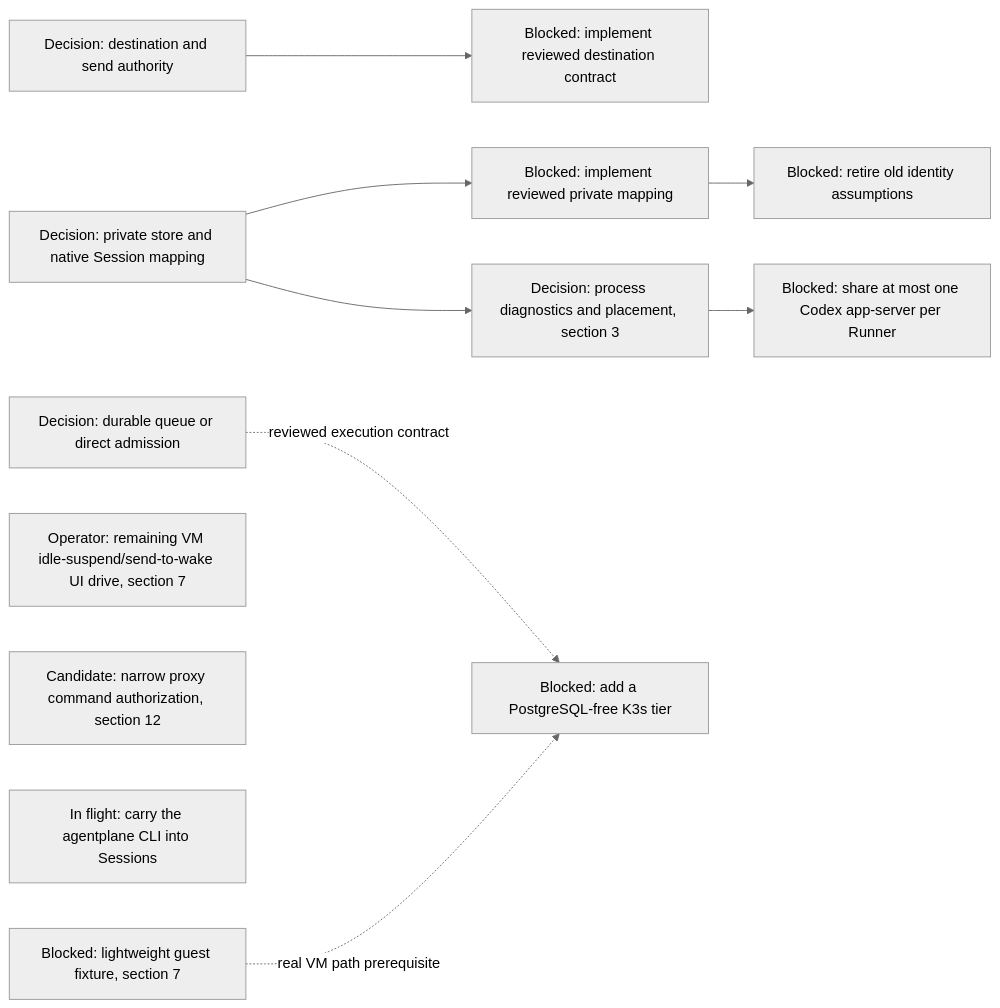
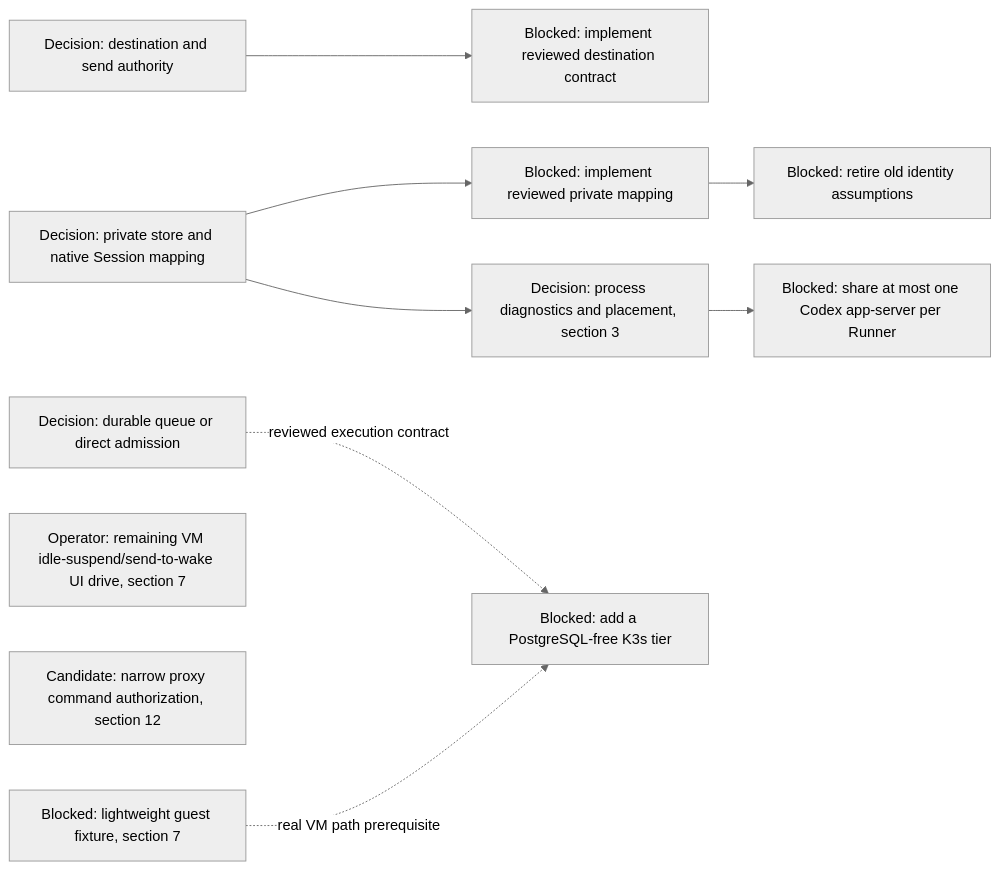
Before and after one commit to agentydragon-agent/ducktape: diagram 16 of 17 in agentplane/plans/task_dag.md, drawn with Mermaid (neutral theme). The commit also changed other lines of this file and 13 other files, not shown here.

````diff
--- a/agentplane/plans/task_dag.md
+++ b/agentplane/plans/task_dag.md
@@ -1810,22 +1810,21 @@
 ```mermaid
 flowchart LR
     DISPATCHER_PERSISTENCE_MODEL_DESIGN[Decision: durable queue or direct admission]
     DELIVERY_DESTINATION_AUTHORITY_DESIGN[Decision: destination and send authority]
     DELIVERY_DESTINATION_CONTRACT[Blocked: implement reviewed destination contract]
     HARNESS_IDENTITY_DESIGN[Decision: private store and native Session mapping]
     RUNNER_STORE_SESSION_IDENTITY[Blocked: implement reviewed private mapping]
     RUNNER_IDENTITY_LEGACY_CLEANUP[Blocked: retire old identity assumptions]
     IDLE_SUSPEND_UI_DRIVE[Operator: remaining VM idle-suspend/send-to-wake UI drive, section 7]
     PROXY_START_METHODS_DISPATCHER_ONLY[Candidate: narrow proxy command authorization, section 12]
     RUNNER_HARNESS_OBJECTS_DESIGN[Decision: process diagnostics and placement, section 3]
-    AGENT_CLI_ROLLOUT[In flight: carry the agentplane CLI into Sessions]
     CNPG_FREE_K3S_INTEGRATION_TIER[Blocked: add a PostgreSQL-free K3s tier]
     K3S_VM_IMAGE[Blocked: lightweight guest fixture, section 7]
     DELIVERY_DESTINATION_AUTHORITY_DESIGN --> DELIVERY_DESTINATION_CONTRACT
     RUNNER_STORE_SESSION_IDENTITY --> RUNNER_IDENTITY_LEGACY_CLEANUP
     HARNESS_IDENTITY_DESIGN --> RUNNER_STORE_SESSION_IDENTITY
     HARNESS_IDENTITY_DESIGN --> RUNNER_HARNESS_OBJECTS_DESIGN
     RUNNER_HARNESS_OBJECTS_DESIGN --> RUNNER_CODEX_SHARED_PROCESS[Blocked: share at most one Codex app-server per Runner]
     DISPATCHER_PERSISTENCE_MODEL_DESIGN -. reviewed execution contract .-> CNPG_FREE_K3S_INTEGRATION_TIER
     K3S_VM_IMAGE -. real VM path prerequisite .-> CNPG_FREE_K3S_INTEGRATION_TIER
 ```
````
